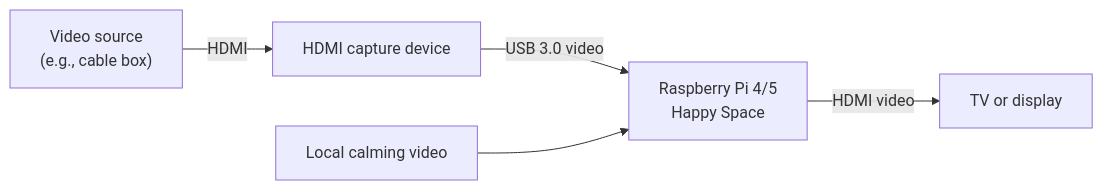
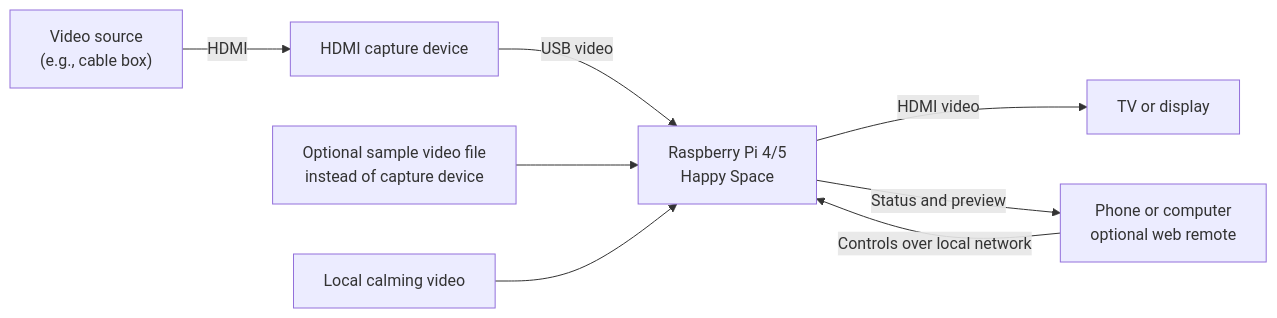
One commit to bryanspms/HappySpace changed the first of 3 diagrams in README.md. Above: the diagram before and after it, drawn with Mermaid. The commit also changed other lines of this file, not shown here.

Commit message:
Update README.md to enhance materials section with a table format and clarify video source options

````diff
--- a/README.md
+++ b/README.md
@@ -77,7 +81,10 @@
 ```mermaid
 flowchart LR
     source["Video source<br/>(e.g., cable box)"] -->|HDMI| capture["HDMI capture device"]
-    capture -->|USB 3.0 video| pi["Raspberry Pi 4/5<br/>Happy Space"]
+    capture -->|USB video| pi["Raspberry Pi 4/5<br/>Happy Space"]
+    sample["Optional sample video file<br/>instead of capture device"] --> pi
+    assets["Local calming video"] --> pi
     pi -->|HDMI video| tv["TV or display"]
-    assets["Local calming video"] --> pi
+    phone["Phone or computer<br/>optional web remote"] -->|Controls over local network| pi
+    pi -->|Status and preview| phone
 ```
````
